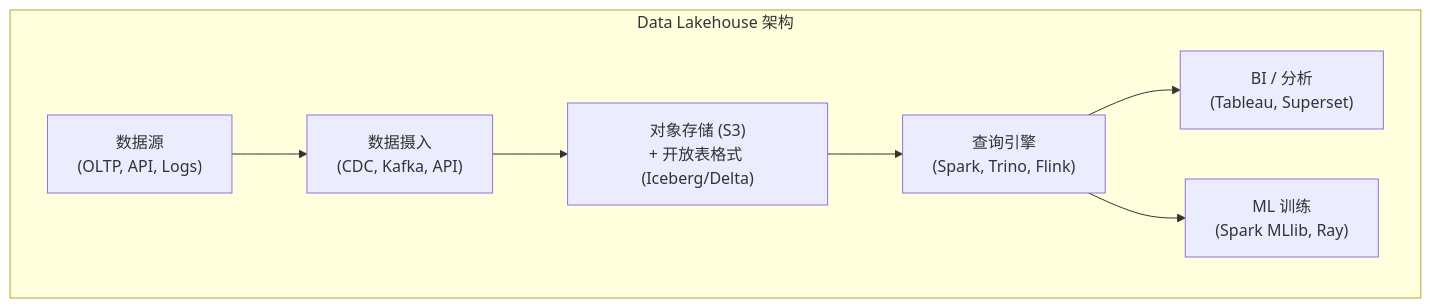
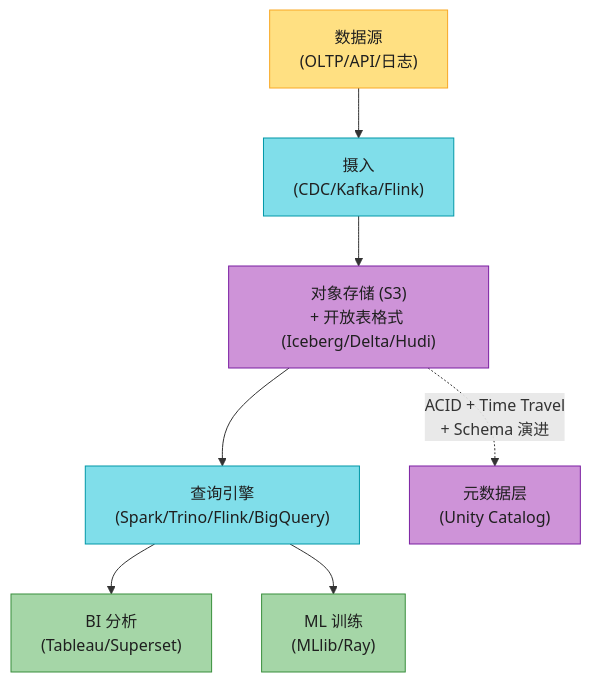
Diagram 18 of 24 in ch11-批处理.md (socoo123/ddia_2nd), drawn with Mermaid before and after one commit. The commit also changed other lines of this file and 5 other files, not shown here.

````diff
--- a/ch11-批处理.md
+++ b/ch11-批处理.md
@@ -346,15 +811,17 @@
 ```mermaid
-graph TD
-    subgraph LAKEHOUSE["Data Lakehouse 架构"]
-        SRC["数据源<br/>(OLTP, API, Logs)"]
-        INGEST["数据摄入<br/>(CDC, Kafka, API)"]
-        STORE["对象存储 (S3)<br/>+ 开放表格式 (Iceberg/Delta)"]
-        ENGINE["查询引擎<br/>(Spark, Trino, Flink)"]
-        BI["BI / 分析<br/>(Tableau, Superset)"]
-        ML["ML 训练<br/>(Spark MLlib, Ray)"]
-        SRC --> INGEST --> STORE
-        STORE --> ENGINE
-        ENGINE --> BI
-        ENGINE --> ML
-    end
+flowchart TD
+    SRC["数据源<br/>(OLTP/API/日志)"] --> INGEST["摄入<br/>(CDC/Kafka/Flink)"]
+    INGEST --> STORE["对象存储 (S3)<br/>+ 开放表格式 (Iceberg/Delta/Hudi)"]
+    STORE --> ENGINE["查询引擎<br/>(Spark/Trino/Flink/BigQuery)"]
+    ENGINE --> BI["BI 分析<br/>(Tableau/Superset)"]
+    ENGINE --> ML["ML 训练<br/>(MLlib/Ray)"]
+    STORE -.->|"ACID + Time Travel<br/>+ Schema 演进"| META["元数据层<br/>(Unity Catalog)"]
+
+    style SRC fill:#FFE082,stroke:#F9A825,color:#1f1f1f
+    style INGEST fill:#80DEEA,stroke:#0097A7,color:#1f1f1f
+    style STORE fill:#CE93D8,stroke:#7B1FA2,color:#1f1f1f
+    style META fill:#CE93D8,stroke:#7B1FA2,color:#1f1f1f
+    style ENGINE fill:#80DEEA,stroke:#0097A7,color:#1f1f1f
+    style BI fill:#A5D6A7,stroke:#388E3C,color:#1f1f1f
+    style ML fill:#A5D6A7,stroke:#388E3C,color:#1f1f1f
 ```
````
